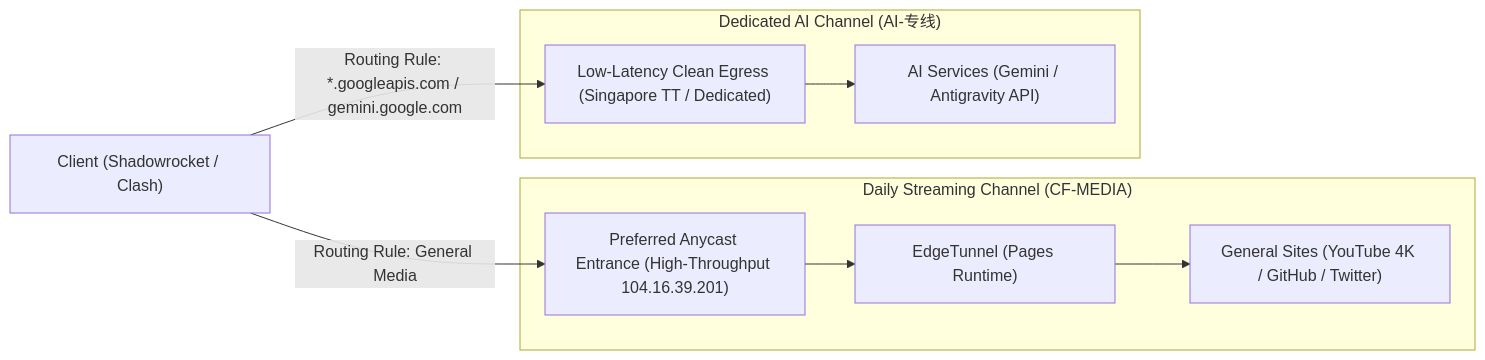
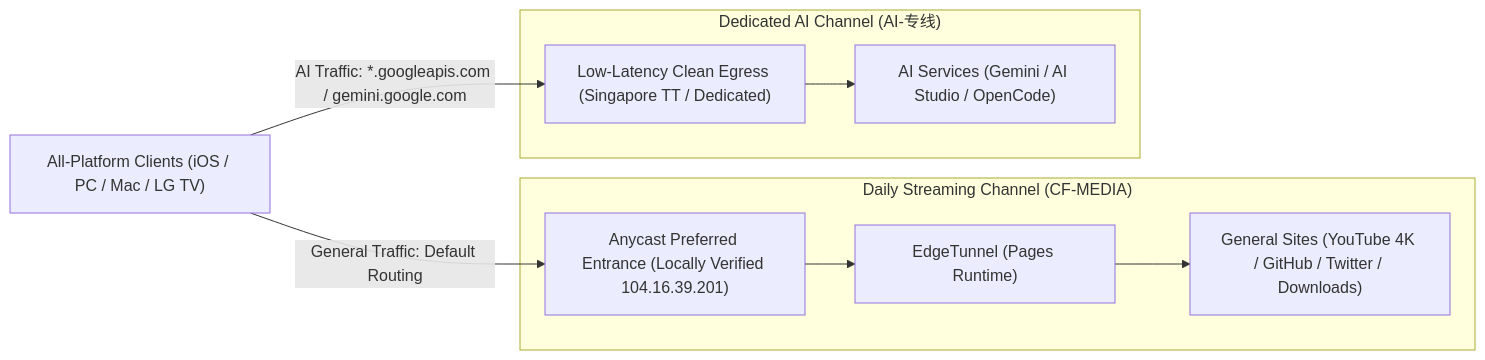
One commit to RealRayTan/edge-routing changed the diagram in README_en.md. Above: the diagram before and after it, drawn with Mermaid. The commit also changed other lines of this file and 1 other file, not shown here.

Commit message:
docs: rewrite README to highlight dual-track decoupling, QUIC fix, and cross-platform setup

````diff
--- a/README_en.md
+++ b/README_en.md
@@ -7,20 +7,20 @@
 ```mermaid
 flowchart LR
-    client["Client (Shadowrocket / Clash)"]
+    client["All-Platform Clients (iOS / PC / Mac / LG TV)"]
     
     subgraph media["Daily Streaming Channel (CF-MEDIA)"]
-        entry["Preferred Anycast Entrance (High-Throughput 104.16.39.201)"]
+        entry["Anycast Preferred Entrance (Locally Verified 104.16.39.201)"]
         worker["EdgeTunnel (Pages Runtime)"]
-        dest_gen["General Sites (YouTube 4K / GitHub / Twitter)"]
+        dest_gen["General Sites (YouTube 4K / GitHub / Twitter / Downloads)"]
         entry --> worker --> dest_gen
     end
     
     subgraph ai["Dedicated AI Channel (AI-专线)"]
         node_ai["Low-Latency Clean Egress (Singapore TT / Dedicated)"]
-        dest_ai["AI Services (Gemini / Antigravity API)"]
+        dest_ai["AI Services (Gemini / AI Studio / OpenCode)"]
         node_ai --> dest_ai
     end
 
-    client -->|Routing Rule: General Media| entry
-    client -->|Routing Rule: *.googleapis.com / gemini.google.com| node_ai
+    client -->|General Traffic: Default Routing| entry
+    client -->|AI Traffic: *.googleapis.com / gemini.google.com| node_ai
 ```
````
